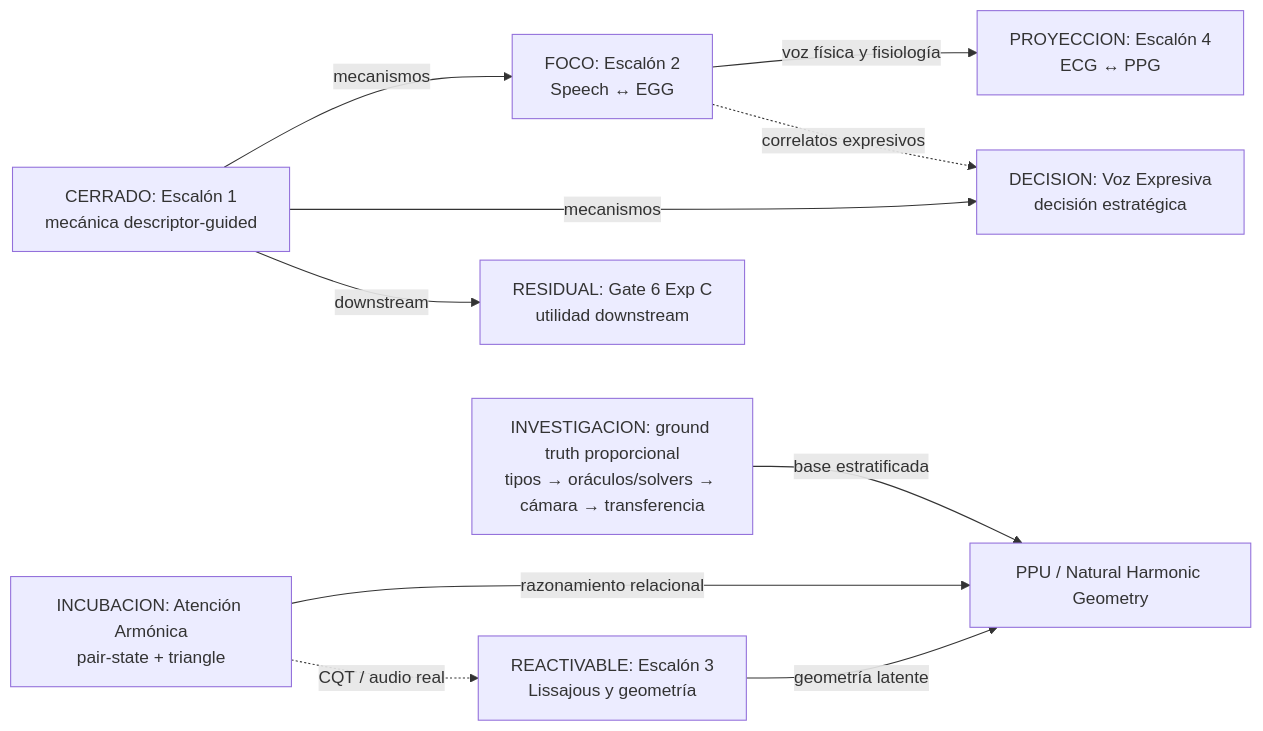
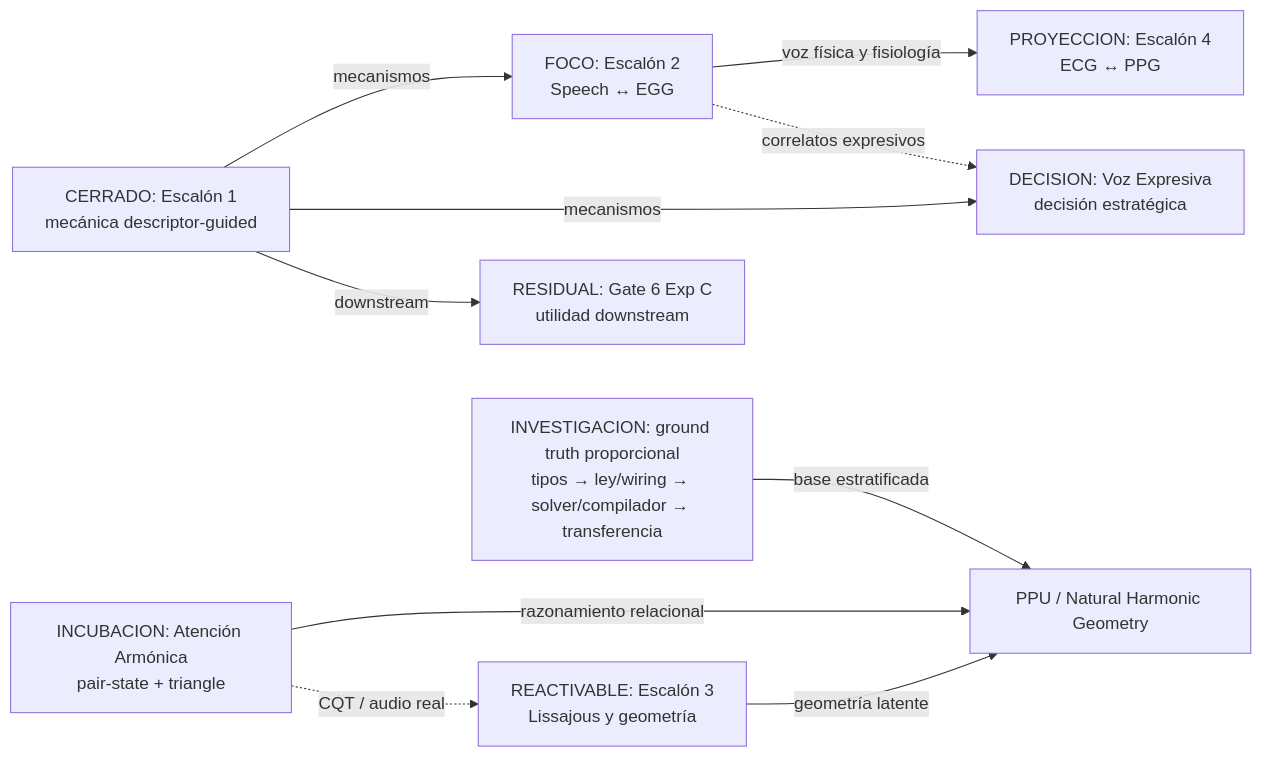
Before and after one commit to Mar-IA-no/Phideus: the first of 2 diagrams in Documents/05_WIKI/MAPA_VISUAL_DEL_PROGRAMA.md, drawn with Mermaid. The commit also changed other lines of this file and 10 other files, not shown here.

````diff
--- a/Documents/05_WIKI/MAPA_VISUAL_DEL_PROGRAMA.md
+++ b/Documents/05_WIKI/MAPA_VISUAL_DEL_PROGRAMA.md
@@ -36,22 +36,22 @@
 ```mermaid
 flowchart LR
     E1["CERRADO: Escalón 1<br/>mecánica descriptor-guided"]
     G6["RESIDUAL: Gate 6 Exp C<br/>utilidad downstream"]
     E2["FOCO: Escalón 2<br/>Speech ↔ EGG"]
     VE["DECISION: Voz Expresiva<br/>decisión estratégica"]
     E3["REACTIVABLE: Escalón 3<br/>Lissajous y geometría"]
     AA["INCUBACION: Atención Armónica<br/>pair-state + triangle"]
     E4["PROYECCION: Escalón 4<br/>ECG ↔ PPG"]
     PPU["PPU / Natural Harmonic Geometry"]
-    GT["INVESTIGACION: ground truth proporcional<br/>tipos → oráculos/solvers → cámara → transferencia"]
+    GT["INVESTIGACION: ground truth proporcional<br/>tipos → ley/wiring → solver/compilador → transferencia"]
 
     E1 -->|mecanismos| E2
     E1 -->|mecanismos| VE
     E1 -->|downstream| G6
     E2 -->|voz física y fisiología| E4
     E2 -.->|correlatos expresivos| VE
     E3 -->|geometría latente| PPU
     AA -->|razonamiento relacional| PPU
     GT -->|base estratificada| PPU
     AA -.->|CQT / audio real| E3
 ```
````
